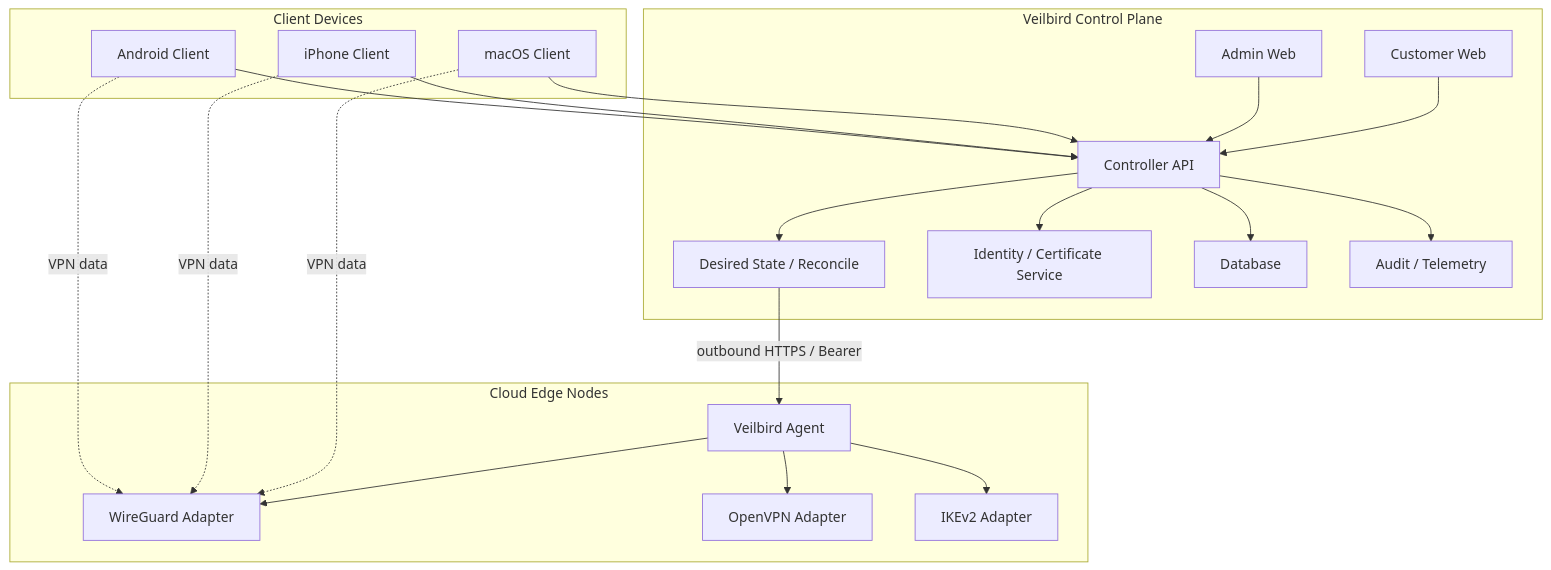
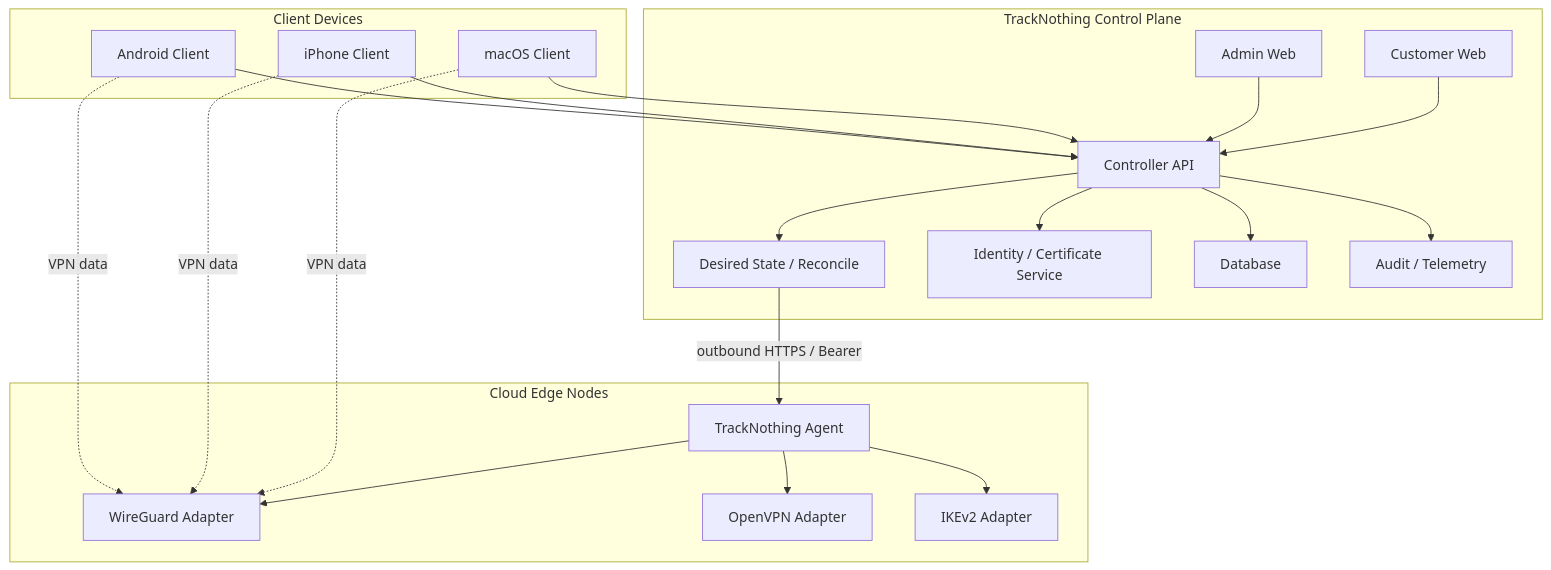
Before and after one commit to CNTWDev/one-click-vpn: the diagram in docs/architecture/01-system.md, drawn with Mermaid. The commit also changed other lines of this file and 102 other files, not shown here.

First line of the commit message:
Rename product to TrackNothing and redraw the logo

````diff
--- a/docs/architecture/01-system.md
+++ b/docs/architecture/01-system.md
@@ -5,42 +5,42 @@
 ```mermaid
 flowchart TB
   subgraph Clients["Client Devices"]
     Mac["macOS Client"]
     IOS["iPhone Client"]
     Android["Android Client"]
   end
 
-  subgraph Control["Veilbird Control Plane"]
+  subgraph Control["TrackNothing Control Plane"]
     Portal["Customer Web"]
     Admin["Admin Web"]
     API["Controller API"]
     Reconcile["Desired State / Reconcile"]
     CA["Identity / Certificate Service"]
     DB["Database"]
     Audit["Audit / Telemetry"]
   end
 
   subgraph Edge["Cloud Edge Nodes"]
-    Agent["Veilbird Agent"]
+    Agent["TrackNothing Agent"]
     WG["WireGuard Adapter"]
     OVPN["OpenVPN Adapter"]
     IKE["IKEv2 Adapter"]
   end
 
   Portal --> API
   Admin --> API
   Mac --> API
   IOS --> API
   Android --> API
   API --> DB
   API --> Reconcile
   API --> CA
   API --> Audit
   Reconcile -->|"outbound HTTPS / Bearer"| Agent
   Agent --> WG
   Agent --> OVPN
   Agent --> IKE
   Mac -. "VPN data" .-> WG
   IOS -. "VPN data" .-> WG
   Android -. "VPN data" .-> WG
 ```
````
